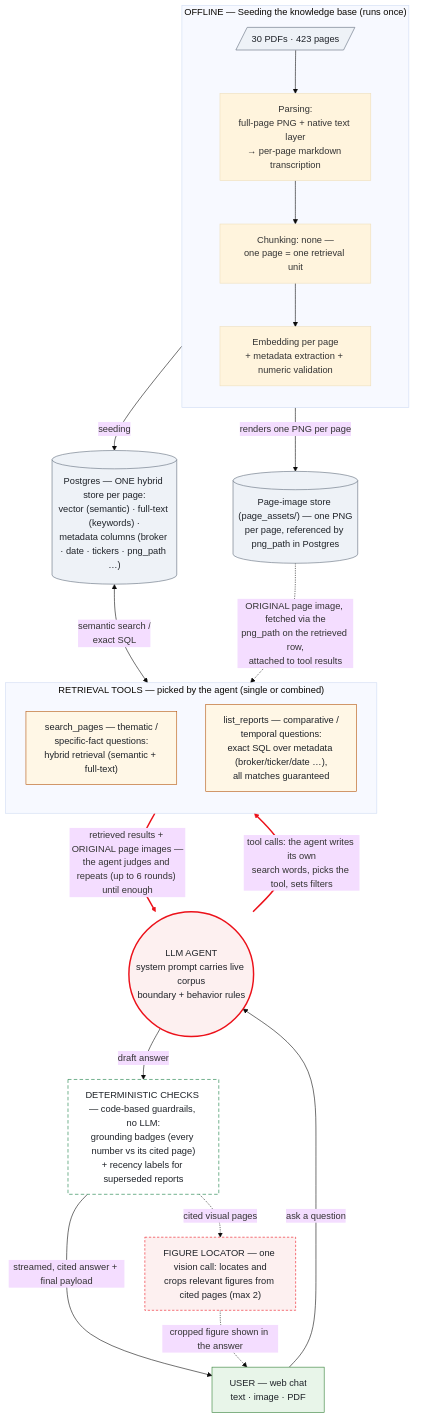
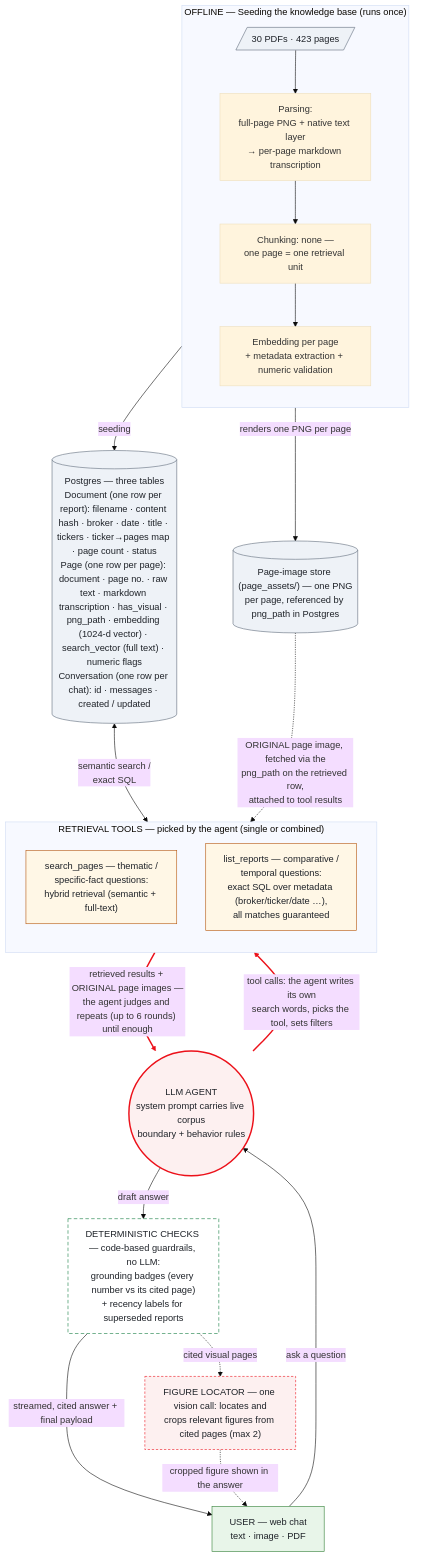
Before and after one commit to Nicole-Tu97/broker-research-chatbot: the diagram in DESIGN.md, drawn with Mermaid (base theme). The commit also changed other lines of this file, not shown here.

Commit message:
DESIGN: the Postgres node and the storage row now name the three tables with their fields - Document (report metadata), Page (transcription, vector, full-text), Conversation (session history)

````diff
--- a/DESIGN.md
+++ b/DESIGN.md
@@ -35,57 +35,57 @@
 ```mermaid
 flowchart TB
     subgraph SEED["OFFLINE — Seeding the knowledge base (runs once)"]
         direction TB
         DOCS[/"30 PDFs · 423 pages"/]
         DOCS --> P0["Parsing:<br/>full-page PNG + native text layer<br/>→ per-page markdown transcription"]
         P0 --> P1["Chunking: none —<br/>one page = one retrieval unit"]
         P1 --> P2["Embedding per page<br/>+ metadata extraction + numeric validation"]
     end
 
-    PG[("Postgres — ONE hybrid store per page:<br/>vector (semantic) · full-text (keywords) ·<br/>metadata columns (broker · date · tickers · png_path …)")]
+    PG[("Postgres — three tables<br/>Document (one row per report): filename · content hash · broker · date · title · tickers · ticker→pages map · page count · status<br/>Page (one row per page): document · page no. · raw text · markdown transcription · has_visual · png_path · embedding (1024-d vector) · search_vector (full text) · numeric flags<br/>Conversation (one row per chat): id · messages · created / updated")]
     IMG[("Page-image store (page_assets/) — one PNG<br/>per page, referenced by png_path in Postgres")]
 
     A(("LLM AGENT<br/>system prompt carries live corpus<br/>boundary + behavior rules"))
 
     subgraph TOOLS["RETRIEVAL TOOLS — picked by the agent (single or combined)"]
         direction TB
         SP["search_pages — thematic /<br/>specific-fact questions:<br/>hybrid retrieval (semantic + full-text)"]
         LRT["list_reports — comparative /<br/>temporal questions:<br/>exact SQL over metadata (broker/ticker/date …),<br/>all matches guaranteed"]
     end
 
     U["USER — web chat<br/>text · image · PDF"]
 
     CK["DETERMINISTIC CHECKS — code-based guardrails, no LLM:<br/>grounding badges (every number vs its cited page)<br/>+ recency labels for superseded reports"]
     FIG["FIGURE LOCATOR — one vision call: locates and<br/>crops relevant figures from cited pages (max 2)"]
 
     SEED -- "seeding" --> PG
     SEED -- "renders one PNG per page" --> IMG
     U -- "ask a question" --> A
     A -- "tool calls: the agent writes its own<br/>search words, picks the tool, sets filters" --> TOOLS
     TOOLS -- "retrieved results + ORIGINAL page images —<br/>the agent judges and repeats (up to 6 rounds) until enough" --> A
     PG <-- "semantic search /<br/>exact SQL" --> TOOLS
     IMG -. "ORIGINAL page image, fetched via the<br/>png_path on the retrieved row,<br/>attached to tool results" .-> TOOLS
     A -- "draft answer" --> CK
     CK -- "streamed, cited answer + final payload" --> U
     CK -. "cited visual pages" .-> FIG
     FIG -. "cropped figure shown in the answer" .-> U
     SEED ~~~ U
 
     %% Red edges = the agentic decision surface: outbound, the agent phrases its own
     %% queries, picks tools and filters; on the return, it judges sufficiency and repeats.
     %% linkStyle indexes edges in order of appearance (subgraph-internal edges included).
     linkStyle 6,7 stroke:#EC111A,stroke-width:2.5px;
 
     classDef user fill:#e8f5e9,stroke:#2e7d32,color:#1f2329;
     classDef tool fill:#fff7e6,stroke:#b45309,color:#1f2329;
     classDef agent fill:#FDF0F0,stroke:#EC111A,stroke-width:2.5px,color:#1f2329;
     classDef store fill:#eef2f7,stroke:#5f6b7a,color:#1f2329;
     classDef det fill:#ffffff,stroke:#0e7a3d,stroke-dasharray:6 4,color:#1f2329;
     classDef llm fill:#FDF0F0,stroke:#EC111A,stroke-dasharray:4 3,color:#1f2329;
     class U user;
     class SP,LRT tool;
     class A agent;
     class DOCS,PG,IMG store;
     class CK det;
     class FIG llm;
 ```
````
